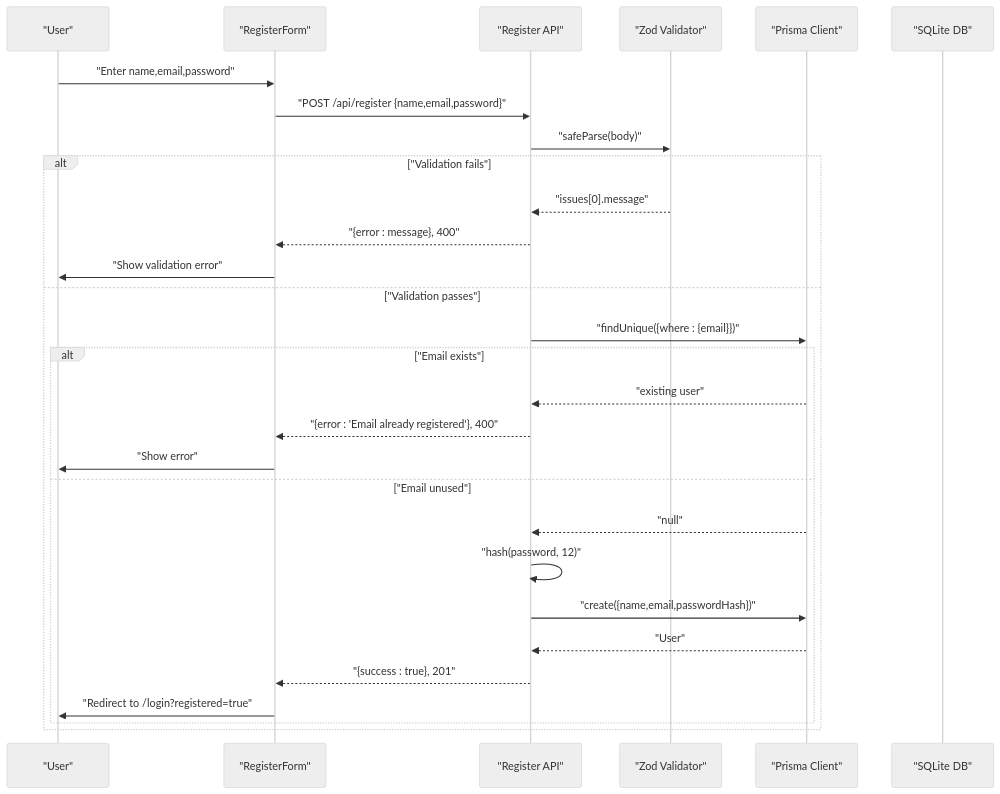
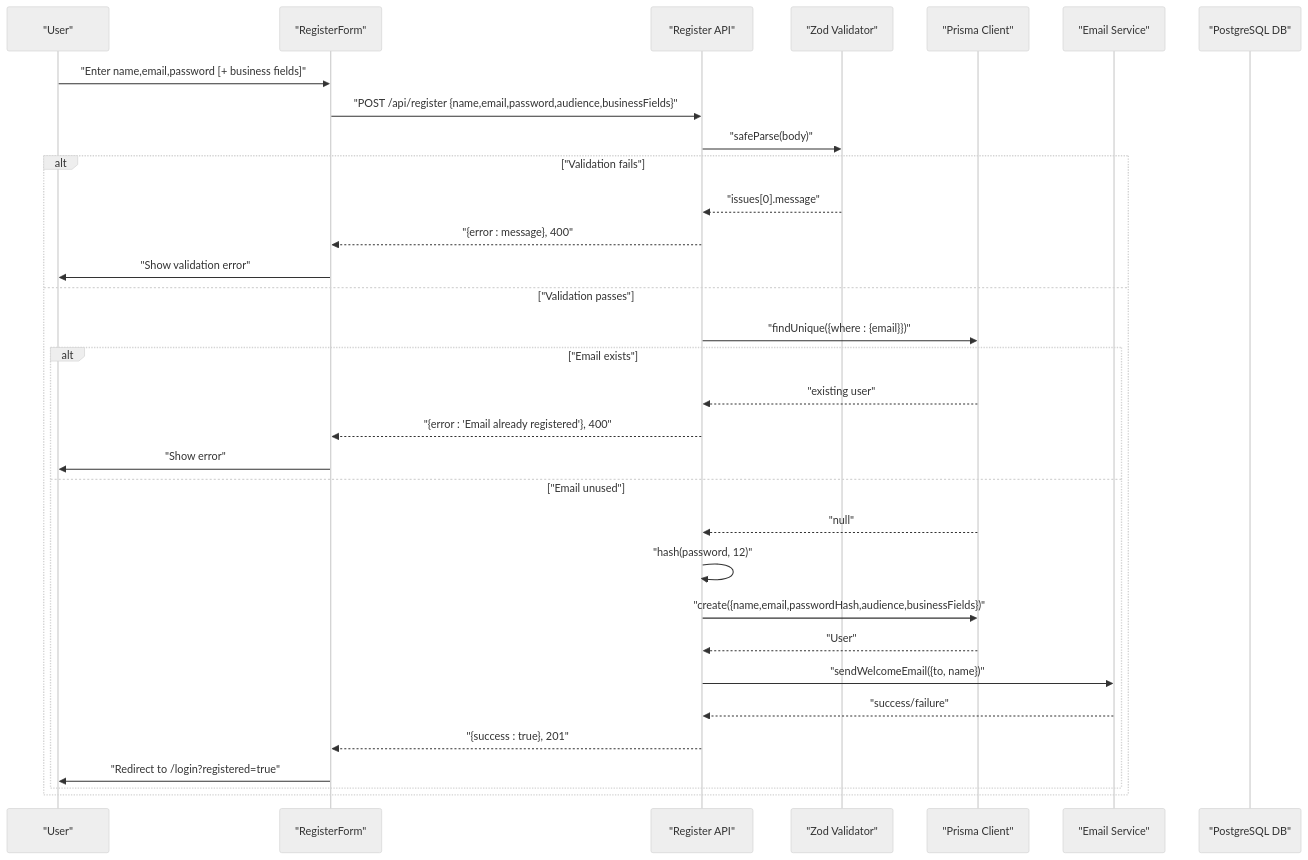
Before and after one commit to Crowdspender/titchybooks-app: the third of 8 diagrams in .qoder/repowiki/en/content/Authentication & Authorization/User Registration & Login Flows.md, drawn with Mermaid (neutral theme). The commit also changed other lines of this file and 74 other files, not shown here.

````diff
--- a/.qoder/repowiki/en/content/Authentication & Authorization/User Registration & Login Flows.md
+++ b/.qoder/repowiki/en/content/Authentication & Authorization/User Registration & Login Flows.md
@@ -143,31 +159,34 @@
 ```mermaid
 sequenceDiagram
 participant U as "User"
 participant RF as "RegisterForm"
 participant API as "Register API"
 participant V as "Zod Validator"
 participant PC as "Prisma Client"
-participant DB as "SQLite DB"
-U->>RF : "Enter name,email,password"
-RF->>API : "POST /api/register {name,email,password}"
+participant EM as "Email Service"
+participant DB as "PostgreSQL DB"
+U->>RF : "Enter name,email,password [+ business fields]"
+RF->>API : "POST /api/register {name,email,password,audience,businessFields}"
 API->>V : "safeParse(body)"
 alt "Validation fails"
 V-->>API : "issues[0].message"
 API-->>RF : "{error : message}, 400"
 RF->>U : "Show validation error"
 else "Validation passes"
 API->>PC : "findUnique({where : {email}})"
 alt "Email exists"
 PC-->>API : "existing user"
 API-->>RF : "{error : 'Email already registered'}, 400"
 RF->>U : "Show error"
 else "Email unused"
 PC-->>API : "null"
 API->>API : "hash(password, 12)"
-API->>PC : "create({name,email,passwordHash})"
+API->>PC : "create({name,email,passwordHash,audience,businessFields})"
 PC-->>API : "User"
+API->>EM : "sendWelcomeEmail({to, name})"
+EM-->>API : "success/failure"
 API-->>RF : "{success : true}, 201"
 RF->>U : "Redirect to /login?registered=true"
 end
 end
 ```
````
